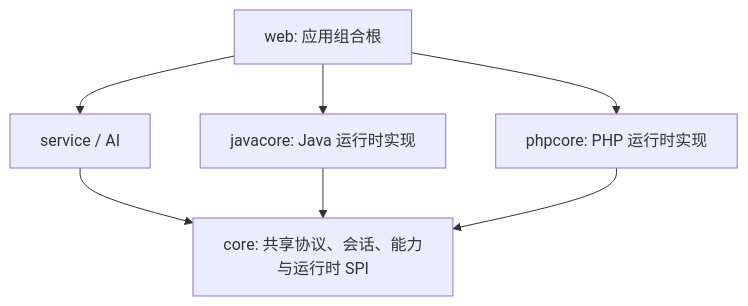
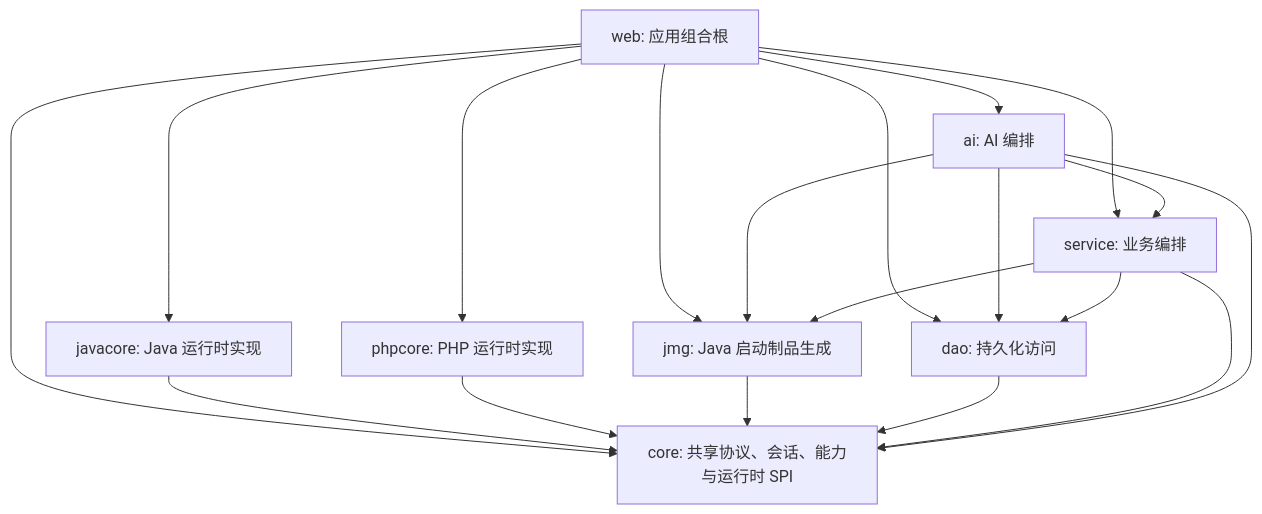
The diagram in docs/runtime-modules.md (No-Github/LeoAI), drawn with Mermaid before and after one commit. The commit also changed other lines of this file and 268 other files, not shown here.

````diff
--- a/docs/runtime-modules.md
+++ b/docs/runtime-modules.md
@@ -5,9 +5,21 @@
 ```mermaid
 graph TD
-    web["web: 应用组合根"] --> service["service / AI"]
+    web["web: 应用组合根"] --> ai["ai: AI 编排"]
+    web --> service["service: 业务编排"]
     web --> java["javacore: Java 运行时实现"]
     web --> php["phpcore: PHP 运行时实现"]
-    service --> spi["core: 共享协议、会话、能力与运行时 SPI"]
-    java --> spi
-    php --> spi
+    web --> dao["dao: 持久化访问"]
+    web --> jmg["jmg: Java 启动制品生成"]
+    web --> core["core: 共享协议、会话、能力与运行时 SPI"]
+    ai --> service
+    ai --> dao
+    ai --> jmg
+    service --> dao
+    service --> jmg
+    java --> core
+    php --> core
+    jmg --> core
+    dao --> core
+    service --> core
+    ai --> core
 ```
````
